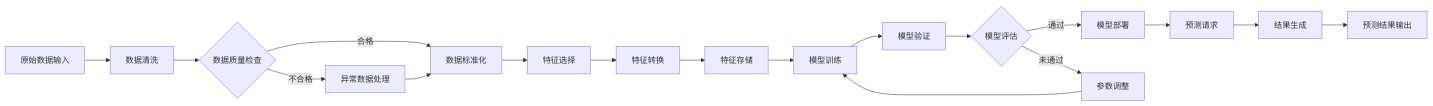
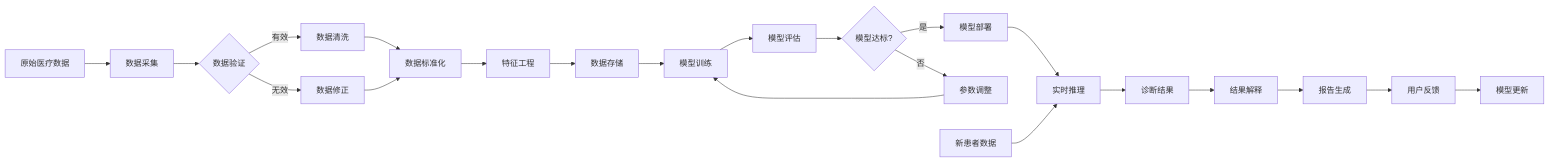
The second of 3 diagrams in output/progress/以证据图增强的rag系统_ada191f4/07_drawings.md (valkryhx/patent_agents), drawn with Mermaid before and after one commit. The commit also changed other lines of this file and 1 other file, not shown here.

Commit message:
Update system architecture, data flow, and core algorithm diagrams

````diff
--- a/output/progress/以证据图增强的rag系统_ada191f4/07_drawings.md
+++ b/output/progress/以证据图增强的rag系统_ada191f4/07_drawings.md
@@ -28,20 +66,24 @@
 ```mermaid
-graph LR
-    A[原始数据输入] --> B[数据清洗]
-    B --> C{数据质量检查}
-    C -->|合格| D[数据标准化]
-    C -->|不合格| E[异常数据处理]
-    E --> D
-    D --> F[特征选择]
-    F --> G[特征转换]
-    G --> H[特征存储]
+flowchart LR
+    A[原始医疗数据] --> B[数据采集]
+    B --> C{数据验证}
+    C -->|有效| D[数据清洗]
+    C -->|无效| E[数据修正]
+    D --> F[数据标准化]
+    E --> F
+    F --> G[特征工程]
+    G --> H[数据存储]
     H --> I[模型训练]
-    I --> J[模型验证]
-    J --> K{模型评估}
-    K -->|通过| L[模型部署]
-    K -->|未通过| M[参数调整]
+    I --> J[模型评估]
+    J --> K{模型达标?}
+    K -->|是| L[模型部署]
+    K -->|否| M[参数调整]
     M --> I
-    L --> N[预测请求]
-    N --> O[结果生成]
-    O --> P[预测结果输出]
+    L --> N[实时推理]
+    O[新患者数据] --> N
+    N --> P[诊断结果]
+    P --> Q[结果解释]
+    Q --> R[报告生成]
+    R --> S[用户反馈]
+    S --> T[模型更新]
 ```
````
